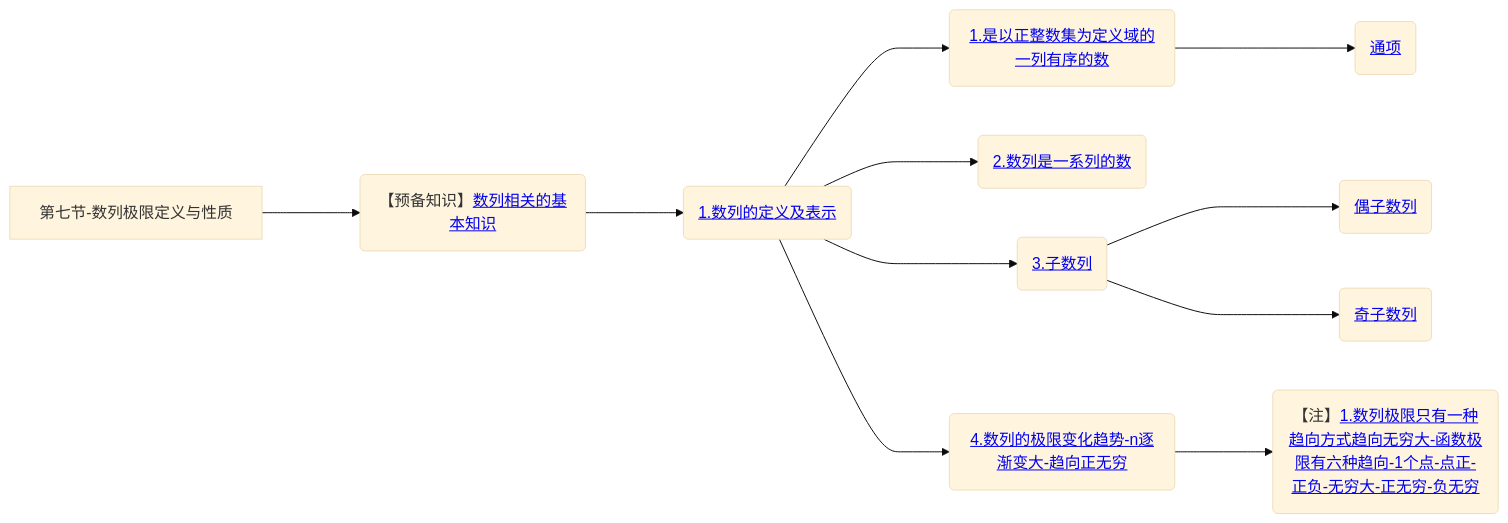
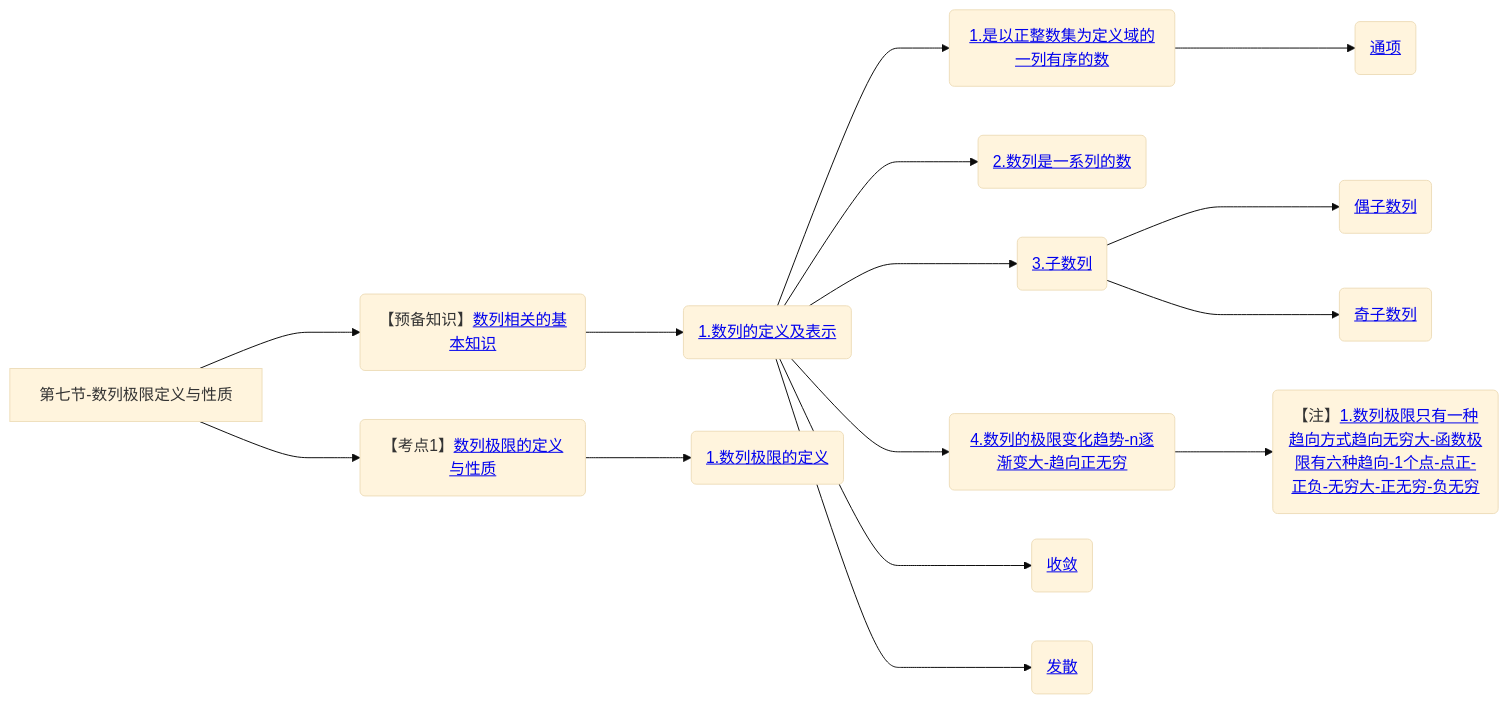
One commit to yuebinghui/note changed the seventh of 7 diagrams in 笔记/数学/周洋鑫/01.基础班思维导图.md. Above: the diagram before and after it, drawn with Mermaid (base theme). The commit also changed 3 other files, not shown here.

````diff
--- a/笔记/数学/周洋鑫/01.基础班思维导图.md
+++ b/笔记/数学/周洋鑫/01.基础班思维导图.md
@@ -255,18 +255,24 @@
 ```mermaid
 graph LR
 第七节-数列极限定义与性质
 
 第七节-数列极限定义与性质--->数列相关的基本知识(【预备知识】<a href="/Users/yuebinghui/Documents/program/github/note/笔记/数学/周洋鑫/基础班/07.数列极限定义与性质.md#数列相关的基本知识">数列相关的基本知识</>)
 数列相关的基本知识--->1.数列的定义及表示(<a href="/Users/yuebinghui/Documents/program/github/note/笔记/数学/周洋鑫/基础班/07.数列极限定义与性质.md#1.数列的定义及表示">1.数列的定义及表示</>)
 1.数列的定义及表示--->1.是以正整数集为定义域的一列有序的数(<a href="/Users/yuebinghui/Documents/program/github/note/笔记/数学/周洋鑫/基础班/07.数列极限定义与性质.md#1.是以正整数集为定义域的一列有序的数">1.是以正整数集为定义域的一列有序的数</>)
 1.是以正整数集为定义域的一列有序的数--->通项(<a href="/Users/yuebinghui/Documents/program/github/note/笔记/数学/周洋鑫/基础班/07.数列极限定义与性质.md#通项">通项</>)
 
 1.数列的定义及表示--->2.数列是一系列的数(<a href="/Users/yuebinghui/Documents/program/github/note/笔记/数学/周洋鑫/基础班/07.数列极限定义与性质.md#2.数列是一系列的数">2.数列是一系列的数</>)
 
 1.数列的定义及表示--->3.子数列(<a href="/Users/yuebinghui/Documents/program/github/note/笔记/数学/周洋鑫/基础班/07.数列极限定义与性质.md#3.子数列">3.子数列</>)
 3.子数列--->偶子数列(<a href="/Users/yuebinghui/Documents/program/github/note/笔记/数学/周洋鑫/基础班/07.数列极限定义与性质.md#偶子数列">偶子数列</>)
 3.子数列--->奇子数列(<a href="/Users/yuebinghui/Documents/program/github/note/笔记/数学/周洋鑫/基础班/07.数列极限定义与性质.md#奇子数列">奇子数列</>)
 
 1.数列的定义及表示--->4.数列的极限变化趋势-n逐渐变大-趋向正无穷(<a href="/Users/yuebinghui/Documents/program/github/note/笔记/数学/周洋鑫/基础班/07.数列极限定义与性质.md#4.数列的极限变化趋势-n逐渐变大-趋向正无穷">4.数列的极限变化趋势-n逐渐变大-趋向正无穷</>)
 4.数列的极限变化趋势-n逐渐变大-趋向正无穷--->1.数列极限只有一种趋向方式趋向无穷大-函数极限有六种趋向-1个点-点正-正负-无穷大-正无穷-负无穷(【注】<a href="/Users/yuebinghui/Documents/program/github/note/笔记/数学/周洋鑫/基础班/07.数列极限定义与性质.md#1.数列极限只有一种趋向方式趋向无穷大-函数极限有六种趋向-1个点-点正-正负-无穷大-正无穷-负无穷">1.数列极限只有一种趋向方式趋向无穷大-函数极限有六种趋向-1个点-点正-正负-无穷大-正无穷-负无穷</>)
+1.数列的定义及表示--->收敛(<a href="/Users/yuebinghui/Documents/program/github/note/笔记/数学/周洋鑫/基础班/07.数列极限定义与性质.md#收敛">收敛</>)
+1.数列的定义及表示--->发散(<a href="/Users/yuebinghui/Documents/program/github/note/笔记/数学/周洋鑫/基础班/07.数列极限定义与性质.md#发散">发散</>)
+
+
+第七节-数列极限定义与性质--->数列极限的定义与性质(【考点1】<a href="/Users/yuebinghui/Documents/program/github/note/笔记/数学/周洋鑫/基础班/07.数列极限定义与性质.md#数列极限的定义与性质">数列极限的定义与性质</>)
+数列极限的定义与性质--->1.数列极限的定义(<a href="/Users/yuebinghui/Documents/program/github/note/笔记/数学/周洋鑫/基础班/07.数列极限定义与性质.md#1.数列极限的定义">1.数列极限的定义</>)
 ```
````
